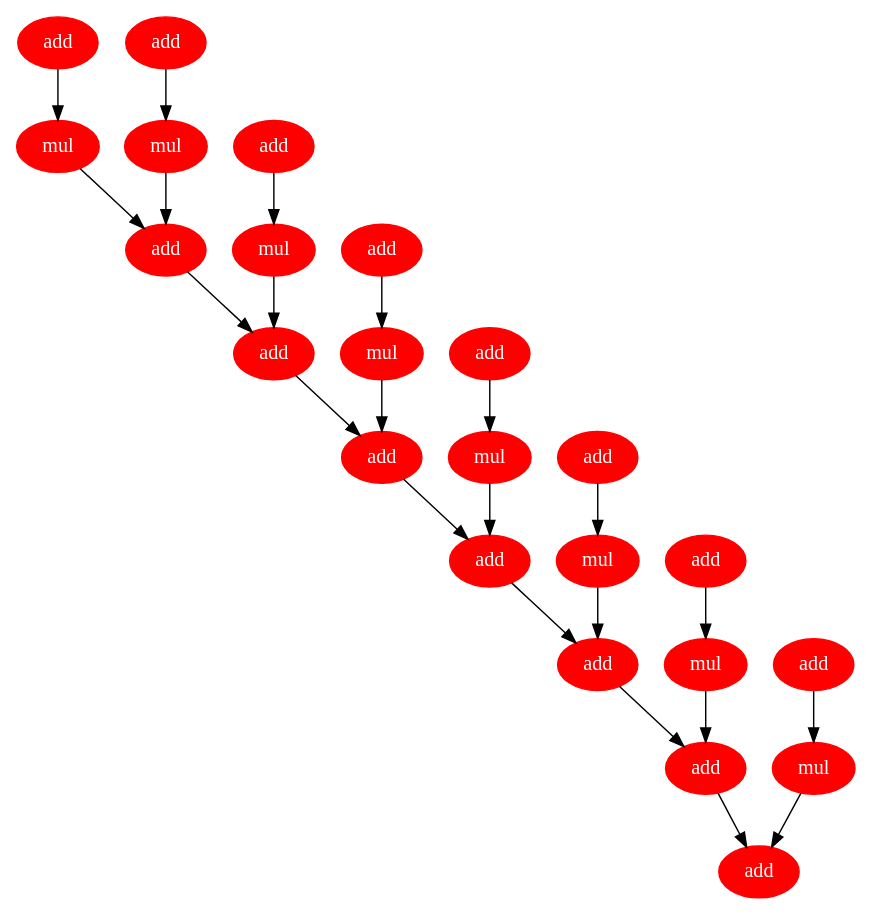
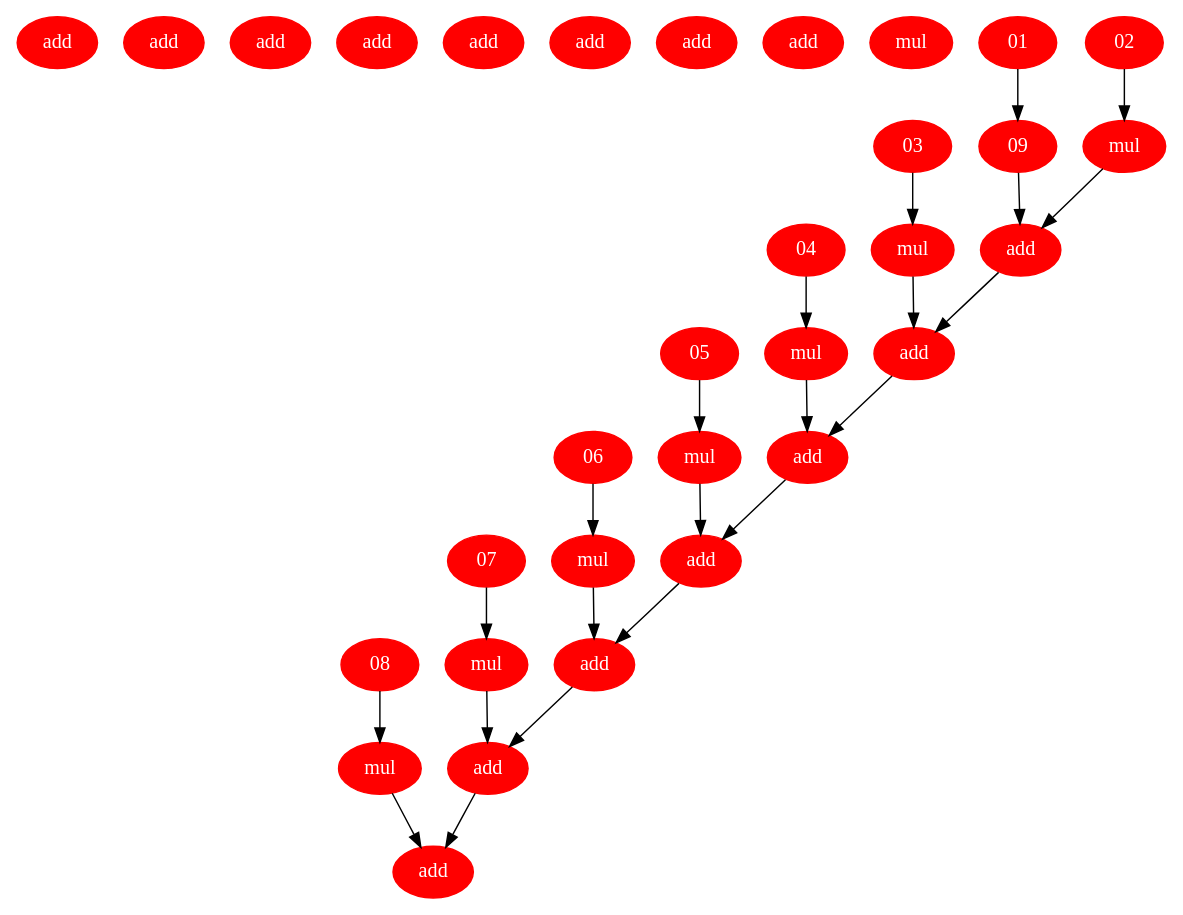
One commit to zephyr2k/project_nitd_clock changed the diagram in benchmark/fir2.dot. Above: the diagram before and after it, drawn with Graphviz. The commit also changed 4 other files, not shown here.

```diff
--- a/benchmark/fir2.dot
+++ b/benchmark/fir2.dot
@@ -1,48 +1,48 @@
 digraph fir1 {
     node [fontcolor=white,style=filled,color="160,60,12"];
     1 [label = add];
     2 [label = add];
     3 [label = add];
     4 [label = add];
     5 [label = add];
     6 [label = add];
     7 [label = add];
     8 [label = add];
     9 [label = mul];
     10 [label = mul];
     11 [label = mul];
     12 [label = mul];
     13 [label = mul];
     14 [label = mul];
     15 [label = mul];
     16 [label = mul];
     17 [label = add];
     18 [label = add];
     19 [label = add];
     20 [label = add];
     21 [label = add];
     22 [label = add];
     23 [label = add];
-    1 -> 9 [name=3];
-    2 -> 10 [name=6];
-    3 -> 11 [name=9];
-    4 -> 12 [name=12];
-    5 -> 13 [name=15];
-    6 -> 14 [name=18];
-    7 -> 15 [name=21];
-    8 -> 16 [name=24];
-    9 -> 17 [name=25];
+    01 -> 09 [name=3];
+    02 -> 10 [name=6];
+    03 -> 11 [name=9];
+    04 -> 12 [name=12];
+    05 -> 13 [name=15];
+    06 -> 14 [name=18];
+    07 -> 15 [name=21];
+    08 -> 16 [name=24];
+    09 -> 17 [name=25];
     10 -> 17 [name=6];
     11 -> 18 [name=27];
     12 -> 19 [name=28];
     13 -> 20 [name=7];
     14 -> 21 [name=30];
     15 -> 22 [name=31];
     16 -> 23 [name=8];
     17 -> 18 [name=9];
     18 -> 19 [name=10];
     19 -> 20 [name=11];
     20 -> 21 [name=12];
     21 -> 22 [name=13];
     22 -> 23 [name=14];
 }
```
